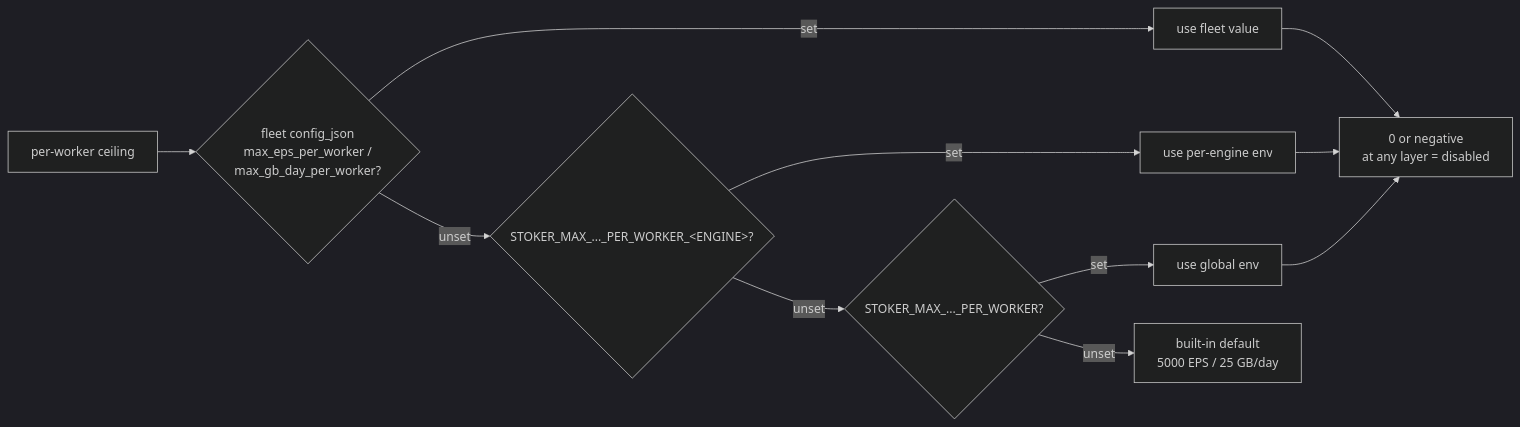
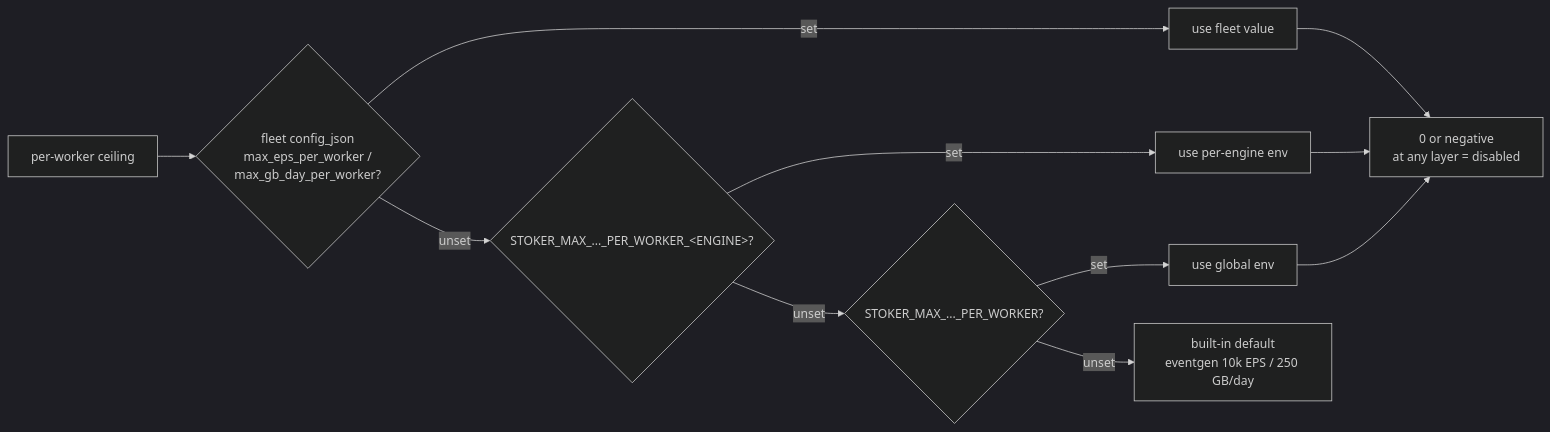
Before and after one commit to livehybrid/stoker: the second of 3 diagrams in README.md, drawn with Mermaid (dark theme). The commit also changed other lines of this file and 7 other files, not shown here.

````diff
--- a/README.md
+++ b/README.md
@@ -185,13 +185,13 @@
 ```mermaid
 flowchart LR
     A["per-worker ceiling"] --> B{"fleet config_json<br/>max_eps_per_worker /<br/>max_gb_day_per_worker?"}
     B -- set --> U1["use fleet value"]
     B -- unset --> C{"STOKER_MAX_..._PER_WORKER_&lt;ENGINE&gt;?"}
     C -- set --> U2["use per-engine env"]
     C -- unset --> D{"STOKER_MAX_..._PER_WORKER?"}
     D -- set --> U3["use global env"]
-    D -- unset --> E["built-in default<br/>5000 EPS / 25 GB/day"]
+    D -- unset --> E["built-in default<br/>eventgen 10k EPS / 250 GB/day"]
     U1 --> N["0 or negative<br/>at any layer = disabled"]
     U2 --> N
     U3 --> N
 ```
````
